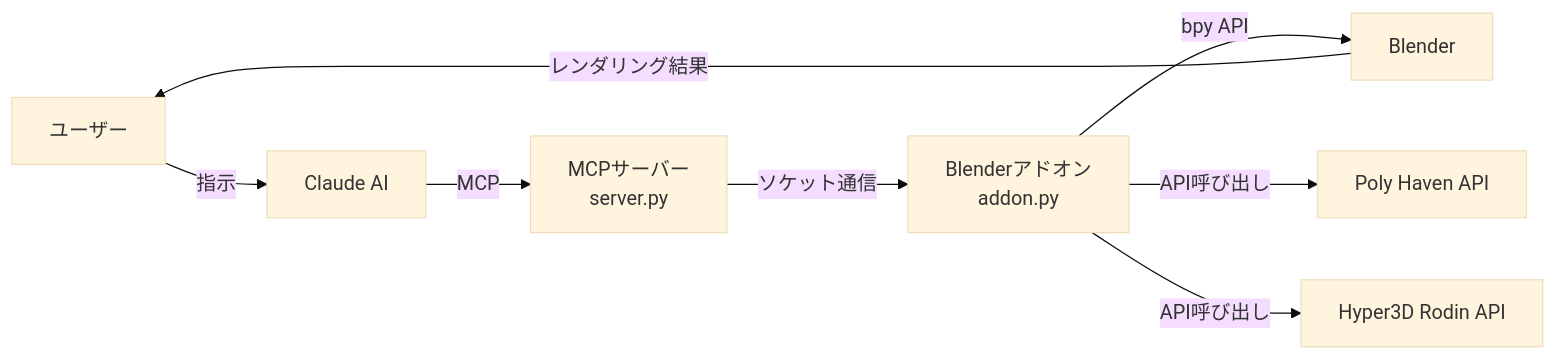
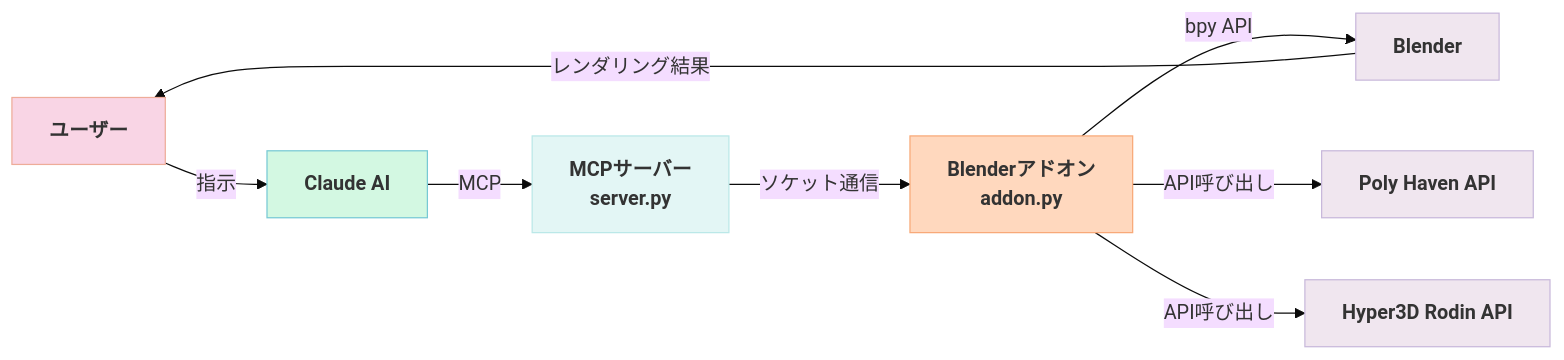
One commit to YUiCHI-Ai/blender-mcp_Analysis changed the first of 3 diagrams in blender-mcp-analysis-with-uml.md. Above: the diagram before and after it, drawn with Mermaid (base theme). The commit also changed other lines of this file, not shown here.

````diff
--- a/blender-mcp-analysis-with-uml.md
+++ b/blender-mcp-analysis-with-uml.md
@@ -20,10 +20,26 @@
 ```mermaid
 graph LR
+    %% ノードのスタイル定義
+    classDef user fill:#f9d5e5,stroke:#eeac99,color:#333,font-weight:bold
+    classDef ai fill:#d3f8e2,stroke:#77c9d4,color:#333,font-weight:bold
+    classDef server fill:#e3f6f5,stroke:#bae8e8,color:#333,font-weight:bold
+    classDef addon fill:#ffd8be,stroke:#f8a978,color:#333,font-weight:bold
+    classDef external fill:#f0e6ef,stroke:#c8b8db,color:#333,font-weight:bold
+
     User[ユーザー] -->|指示| Claude[Claude AI]
     Claude -->|MCP| Server[MCPサーバー\nserver.py]
     Server -->|ソケット通信| Addon[Blenderアドオン\naddon.py]
     Addon -->|bpy API| Blender[Blender]
     Addon -->|API呼び出し| PolyHaven[Poly Haven API]
     Addon -->|API呼び出し| Hyper3D[Hyper3D Rodin API]
     Blender -->|レンダリング結果| User
+
+    %% クラスの適用
+    class User user
+    class Claude ai
+    class Server server
+    class Addon addon
+    class Blender external
+    class PolyHaven external
+    class Hyper3D external
 ```
````
